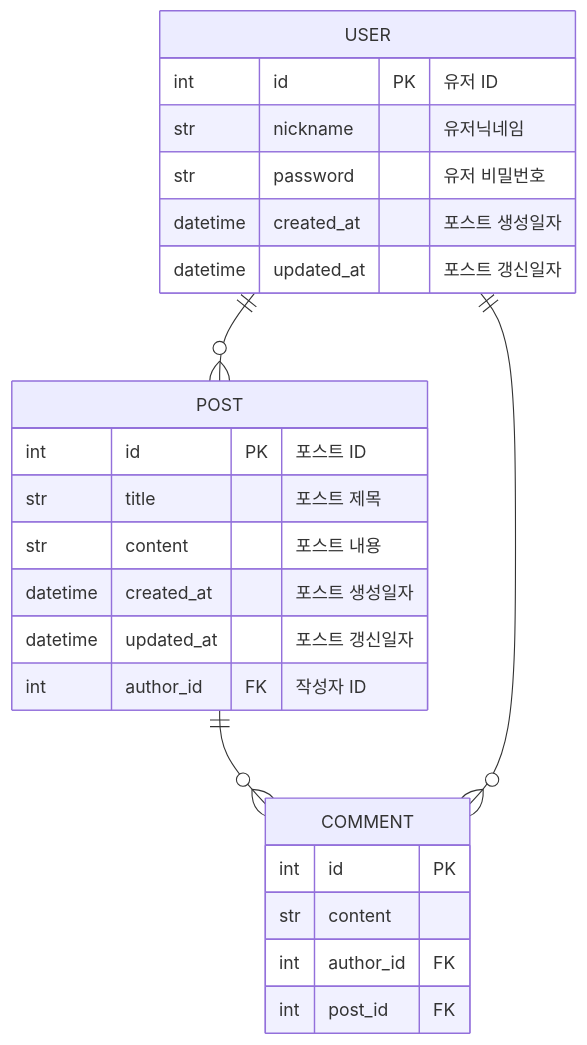
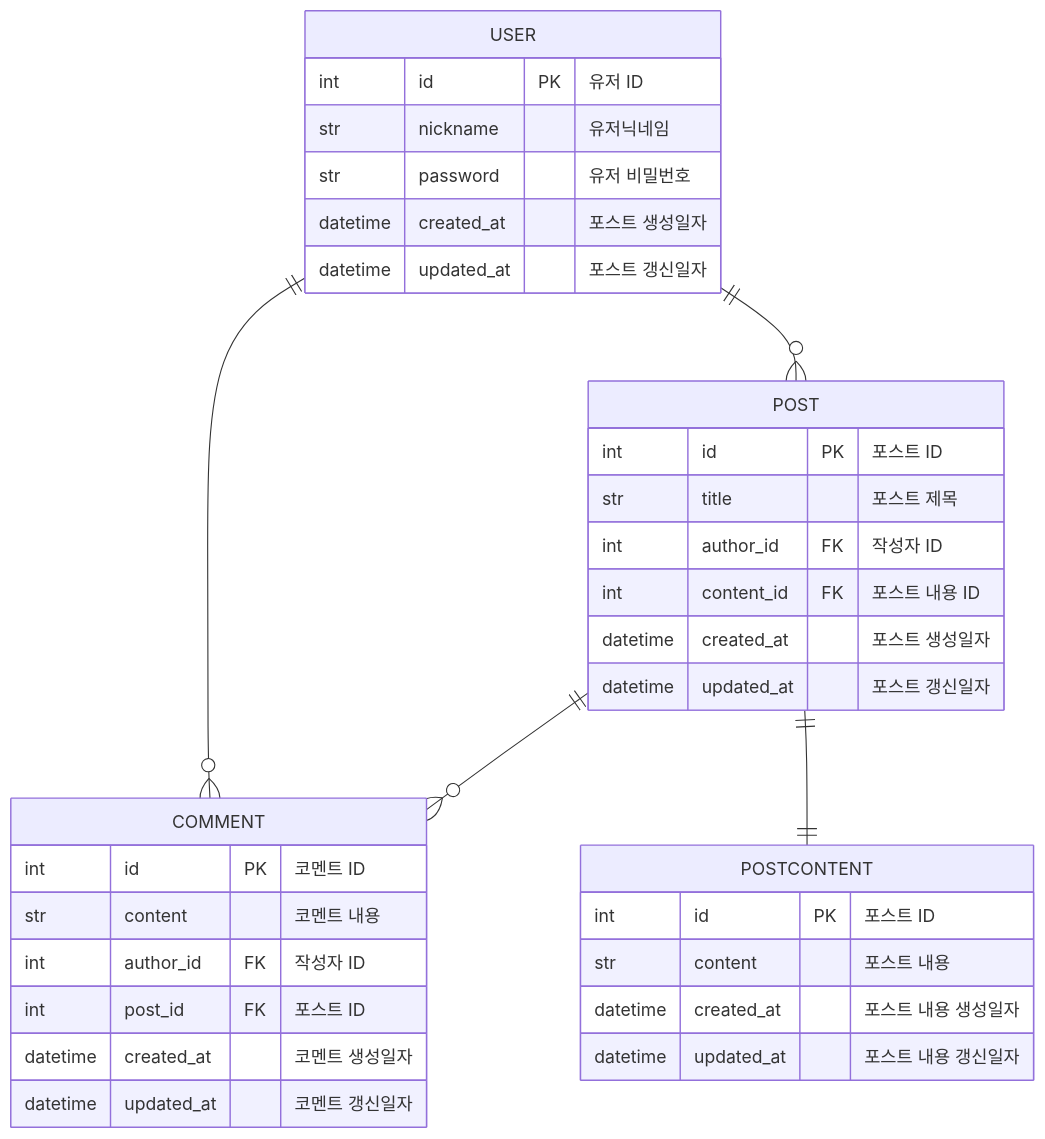
The diagram in README.md (ksg9482/fastapi-post), drawn with Mermaid before and after one commit.

````diff
--- a/README.md
+++ b/README.md
@@ -44,29 +44,39 @@
 ```mermaid
 erDiagram
     POST ||--o{ COMMENT:""
     POST {
         int id PK "포스트 ID"
         str title "포스트 제목"
-        str content "포스트 내용"
+        int author_id FK "작성자 ID"
+        int content_id FK "포스트 내용 ID"
         datetime created_at "포스트 생성일자"
         datetime updated_at "포스트 갱신일자"
-        int author_id FK "작성자 ID"
+    }
+
+    POST ||--|| POSTCONTENT:""
+    POSTCONTENT {
+        int id PK "포스트 ID"
+        str content "포스트 내용"
+        datetime created_at "포스트 내용 생성일자"
+        datetime updated_at "포스트 내용 갱신일자"
     }
     
     USER ||--o{ POST: ""
     USER ||--o{ COMMENT: ""
     USER {
         int id PK "유저 ID"
         str nickname "유저닉네임"
         str password "유저 비밀번호"
         datetime created_at "포스트 생성일자"
         datetime updated_at "포스트 갱신일자"
     }
 
     COMMENT {
-        int id PK ""
-        str content ""
-        int author_id FK ""
-        int post_id FK ""
+        int id PK "코멘트 ID"
+        str content "코멘트 내용"
+        int author_id FK "작성자 ID"
+        int post_id FK "포스트 ID"
+        datetime created_at "코멘트 생성일자"
+        datetime updated_at "코멘트 갱신일자"
     }
 ```
````
